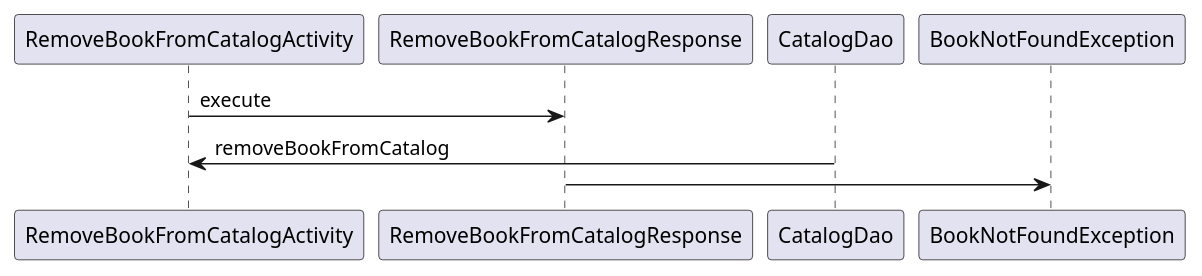
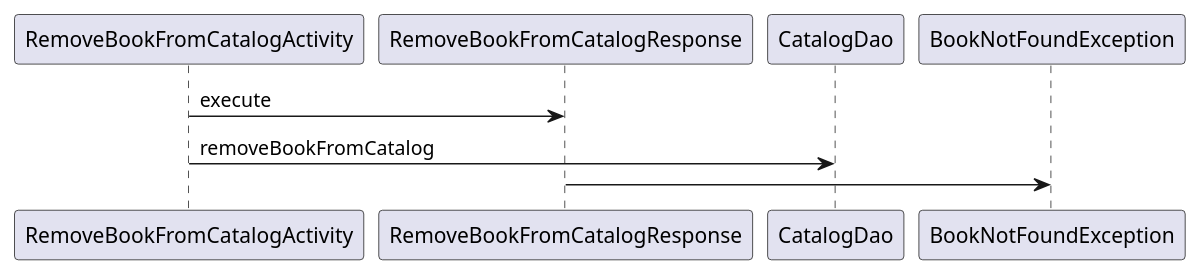
The diagram in src/resources/mastery-task1-remove-book-SD.puml (Epiraino/KindlePublishingService), drawn with PlantUML before and after one commit. The commit also changed 3 other files, not shown here.

```diff
--- a/src/resources/mastery-task1-remove-book-SD.puml
+++ b/src/resources/mastery-task1-remove-book-SD.puml
@@ -2,8 +2,8 @@
 @startuml
 RemoveBookFromCatalogActivity -> RemoveBookFromCatalogResponse: execute
 
-CatalogDao -> RemoveBookFromCatalogActivity: removeBookFromCatalog
+CatalogDao <- RemoveBookFromCatalogActivity: removeBookFromCatalog
 RemoveBookFromCatalogResponse -> BookNotFoundException
 
 
 @enduml
```
